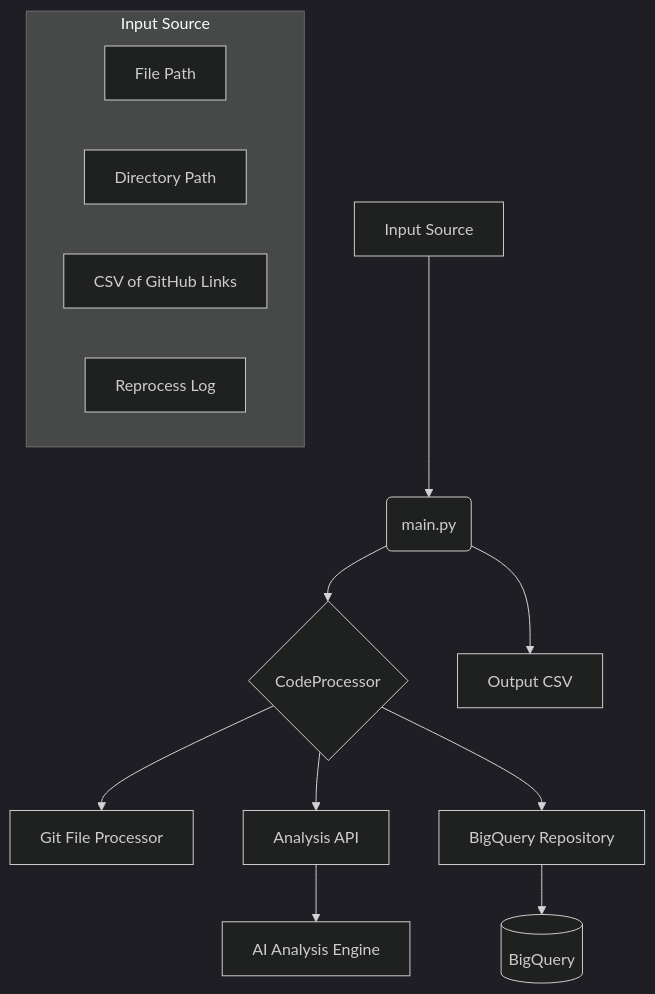
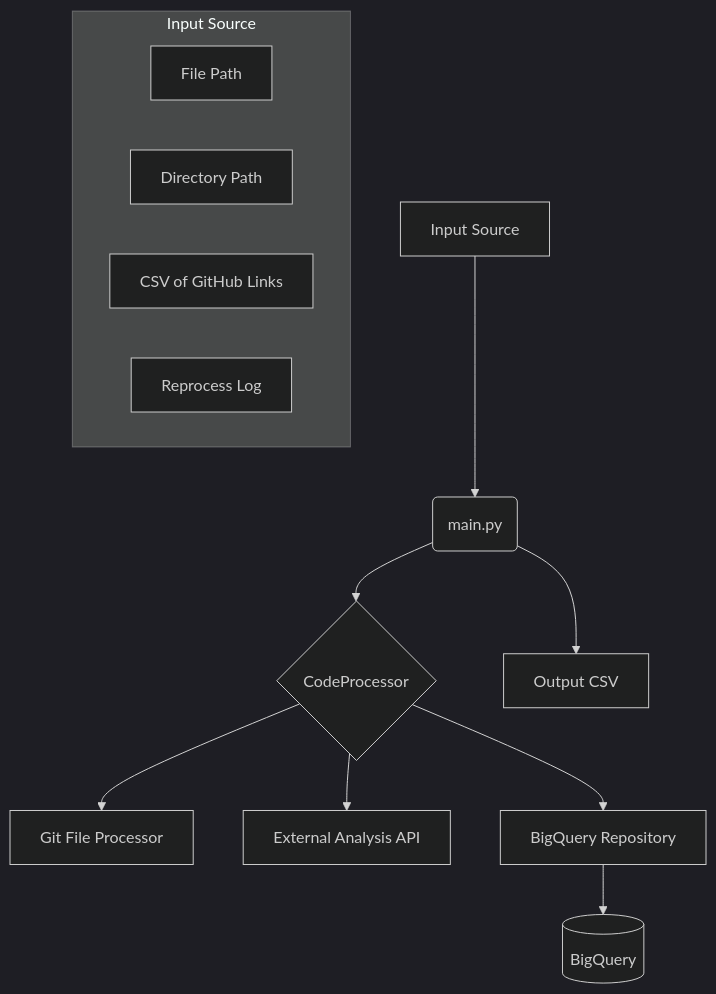
One commit to joeshirey/JSRepoAnalysis changed the first of 2 diagrams in docs/TECHNICAL_DESIGN.md. Above: the diagram before and after it, drawn with Mermaid (dark theme). The commit also changed other lines of this file and 4 other files, not shown here.

Commit message:
docs: Align documentation with API-driven architecture

````diff
--- a/docs/TECHNICAL_DESIGN.md
+++ b/docs/TECHNICAL_DESIGN.md
@@ -13,21 +13,20 @@
 ```mermaid
 graph TD
     A[Input Source] --> B(main.py);
     subgraph Input Source
         direction LR
         C1[File Path];
         C2[Directory Path];
         C3[CSV of GitHub Links];
         C4[Reprocess Log];
     end
 
     B --> F{CodeProcessor};
     B --> O[Output CSV];
 
     F --> K[Git File Processor];
-    F --> L[Analysis API];
-    L --> J[AI Analysis Engine];
+    F --> L[External Analysis API];
     
     F --> M[BigQuery Repository];
     M --> N[(BigQuery)];
 ```
````
